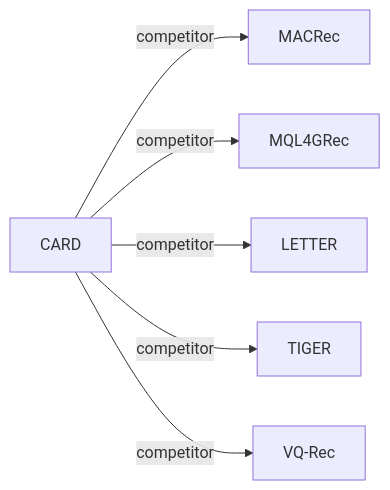
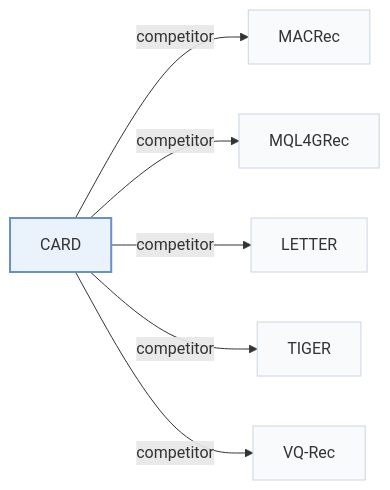
One commit to Galaxy-ghost/Awesome-SID-Generative-Rec changed the second of 2 diagrams in pages/papers/card.md. Above: the diagram before and after it, drawn with Mermaid. The commit also changed other lines of this file and 649 other files, not shown here.

Commit message:
writer-05: also tags and modality index (schema, check, build, visuals); summary field removed; calibration data for 12 papers

````diff
--- a/pages/papers/card.md
+++ b/pages/papers/card.md
@@ -69,9 +74,13 @@
 ```mermaid
 flowchart LR
     P["CARD"]
-    P -->|competitor| A["MACRec"]
-    P -->|competitor| B["MQL4GRec"]
-    P -->|competitor| C["LETTER"]
-    P -->|competitor| D["TIGER"]
-    P -->|competitor| E["VQ-Rec"]
+    P -->|"competitor"| A["MACRec"]
+    P -->|"competitor"| B["MQL4GRec"]
+    P -->|"competitor"| C["LETTER"]
+    P -->|"competitor"| D["TIGER"]
+    P -->|"competitor"| E["VQ-Rec"]
+    classDef main fill:#eaf2fb,stroke:#6b8fc7,stroke-width:2px
+    classDef peer fill:#f8fafc,stroke:#cbd5e1
+    class P main
+    class A,B,C,D,E peer
 ```
````
